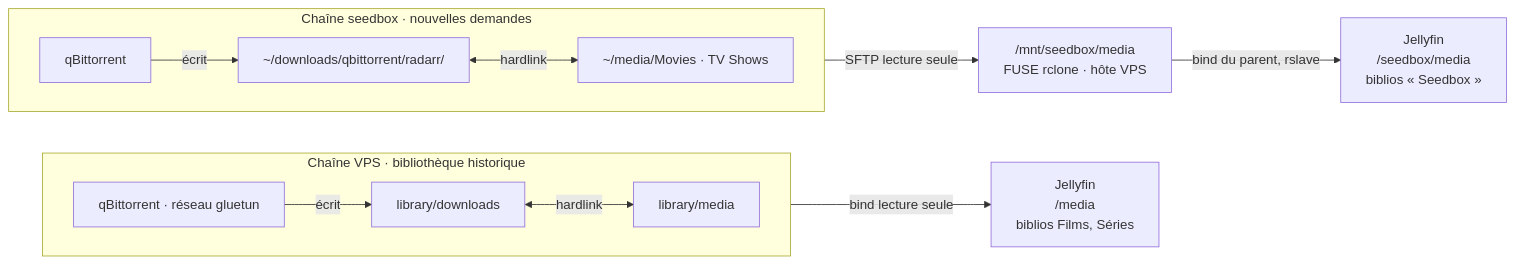
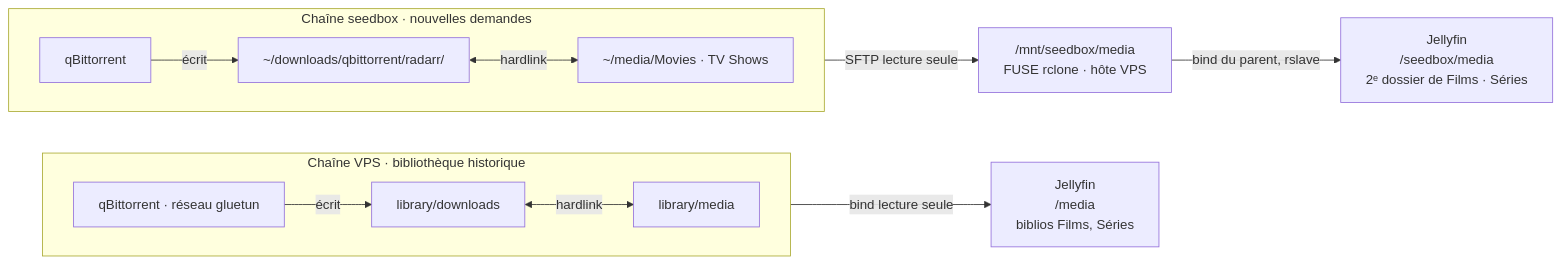
The third of 3 diagrams in docs/INFRA.md (HaradasCYB/groscailloux-homelab), drawn with Mermaid before and after one commit. The commit also changed other lines of this file and 24 other files, not shown here.

````diff
--- a/docs/INFRA.md
+++ b/docs/INFRA.md
@@ -130,17 +132,17 @@
 ```mermaid
 flowchart LR
   subgraph S[Chaîne seedbox · nouvelles demandes]
     direction LR
     sq[qBittorrent] -- écrit --> sd["~/downloads/qbittorrent/radarr/"]
     sd <-- hardlink --> sm["~/media/Movies · TV Shows"]
   end
   sm -- SFTP lecture seule --> mnt["/mnt/seedbox/media<br/>FUSE rclone · hôte VPS"]
-  mnt -- bind du parent, rslave --> jfs["Jellyfin<br/>/seedbox/media<br/>biblios « Seedbox »"]
+  mnt -- bind du parent, rslave --> jfs["Jellyfin<br/>/seedbox/media<br/>2ᵉ dossier de Films · Séries"]
 
   subgraph V[Chaîne VPS · bibliothèque historique]
     direction LR
     vq[qBittorrent · réseau gluetun] -- écrit --> vd["library/downloads"]
     vd <-- hardlink --> vm["library/media"]
   end
   vm -- bind lecture seule --> jfv["Jellyfin<br/>/media<br/>biblios Films, Séries"]
 ```
````
